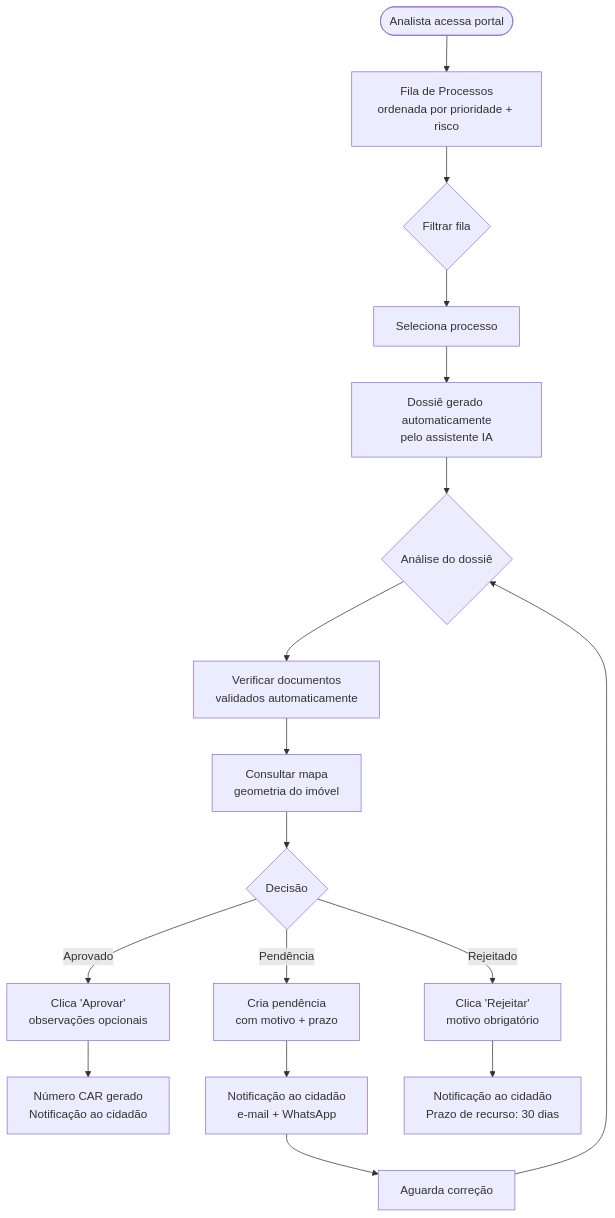
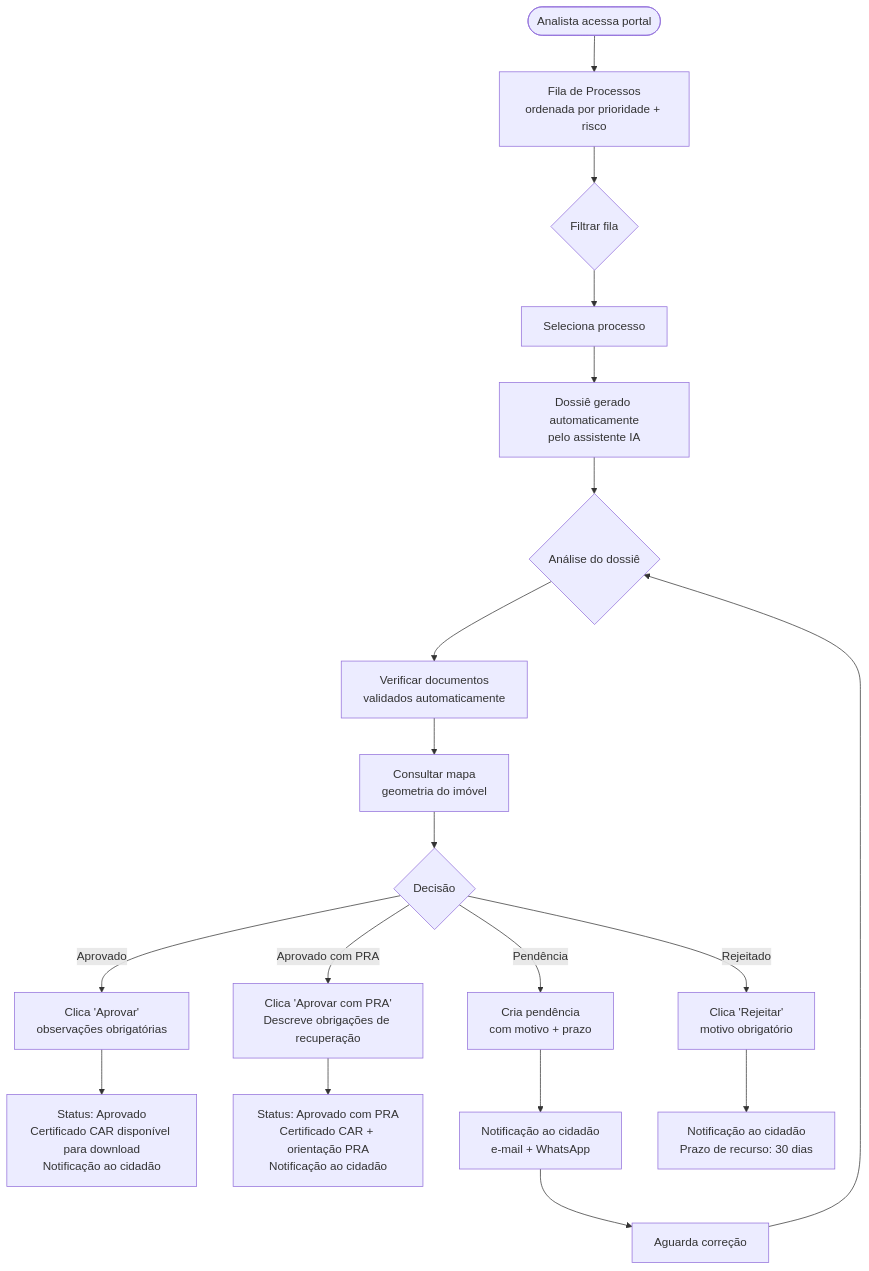
One commit to gresas/carla-cadastro-rural changed the diagram in website/docs/design/fluxos/analista.md. Above: the diagram before and after it, drawn with Mermaid. The commit also changed other lines of this file and 15 other files, not shown here.

````diff
--- a/website/docs/design/fluxos/analista.md
+++ b/website/docs/design/fluxos/analista.md
@@ -16,23 +16,26 @@
 ```mermaid
 flowchart TD
     A([Analista acessa portal]) --> B[Fila de Processos\nordenada por prioridade + risco]
     B --> C{Filtrar fila}
     C --> D[Seleciona processo]
     D --> E[Dossiê gerado automaticamente\npelo assistente IA]
 
     E --> F{Análise do dossiê}
     F --> G[Verificar documentos\nvalidados automaticamente]
     G --> H[Consultar mapa\ngeometria do imóvel]
     H --> I{Decisão}
 
-    I -- Aprovado --> J[Clica 'Aprovar'\nobservações opcionais]
-    J --> K[Número CAR gerado\nNotificação ao cidadão]
+    I -- Aprovado --> J[Clica 'Aprovar'\nobservações obrigatórias]
+    J --> K[Status: Aprovado\nCertificado CAR disponível para download\nNotificação ao cidadão]
+
+    I -- Aprovado com PRA --> J2[Clica 'Aprovar com PRA'\nDescreve obrigações de recuperação]
+    J2 --> K2[Status: Aprovado com PRA\nCertificado CAR + orientação PRA\nNotificação ao cidadão]
 
     I -- Pendência --> L[Cria pendência\ncom motivo + prazo]
     L --> M[Notificação ao cidadão\ne-mail + WhatsApp]
     M --> N[Aguarda correção]
     N --> F
 
     I -- Rejeitado --> O[Clica 'Rejeitar'\nmotivo obrigatório]
     O --> P[Notificação ao cidadão\nPrazo de recurso: 30 dias]
 ```
````
